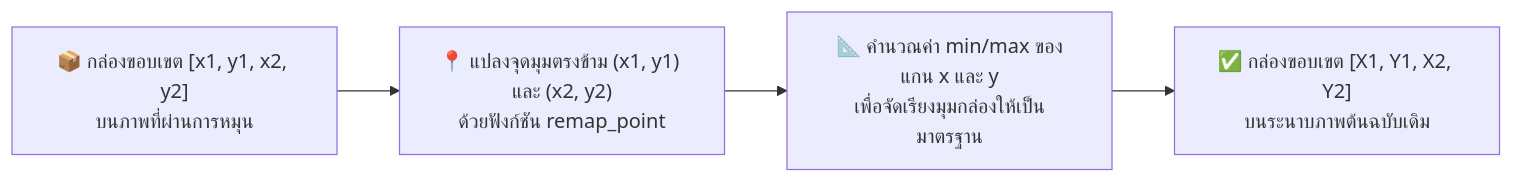
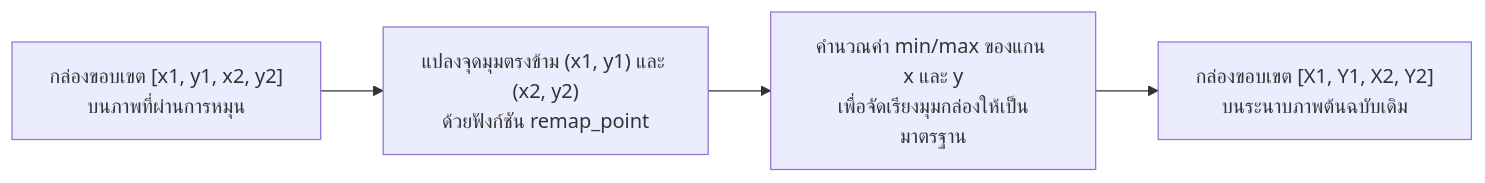
Before and after one commit to jirathxz/meter-reader: the ninth of 17 diagrams in TUTORIAL.md, drawn with Mermaid. The commit also changed other lines of this file and 1 other file, not shown here.

Commit message:
style(docs): remove all emojis across documentation and mermaid diagrams

````diff
--- a/TUTORIAL.md
+++ b/TUTORIAL.md
@@ -774,6 +774,6 @@
 ```mermaid
 flowchart LR
-  BB["📦 กล่องขอบเขต [x1, y1, x2, y2]<br/>บนภาพที่ผ่านการหมุน"] --> PT["📍 แปลงจุดมุมตรงข้าม (x1, y1) และ (x2, y2)<br/>ด้วยฟังก์ชัน remap_point"]
-  PT --> MM["📐 คำนวณค่า min/max ของแกน x และ y<br/>เพื่อจัดเรียงมุมกล่องให้เป็นมาตรฐาน"]
-  MM --> RES["✅ กล่องขอบเขต [X1, Y1, X2, Y2]<br/>บนระนาบภาพต้นฉบับเดิม"]
+  BB["กล่องขอบเขต [x1, y1, x2, y2]<br/>บนภาพที่ผ่านการหมุน"] --> PT["แปลงจุดมุมตรงข้าม (x1, y1) และ (x2, y2)<br/>ด้วยฟังก์ชัน remap_point"]
+  PT --> MM["คำนวณค่า min/max ของแกน x และ y<br/>เพื่อจัดเรียงมุมกล่องให้เป็นมาตรฐาน"]
+  MM --> RES["กล่องขอบเขต [X1, Y1, X2, Y2]<br/>บนระนาบภาพต้นฉบับเดิม"]
 ```
````
